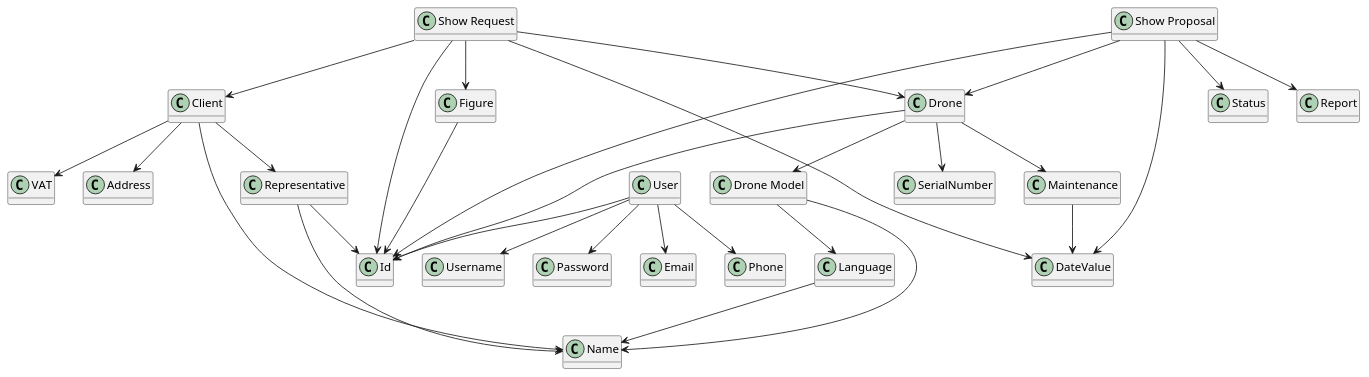
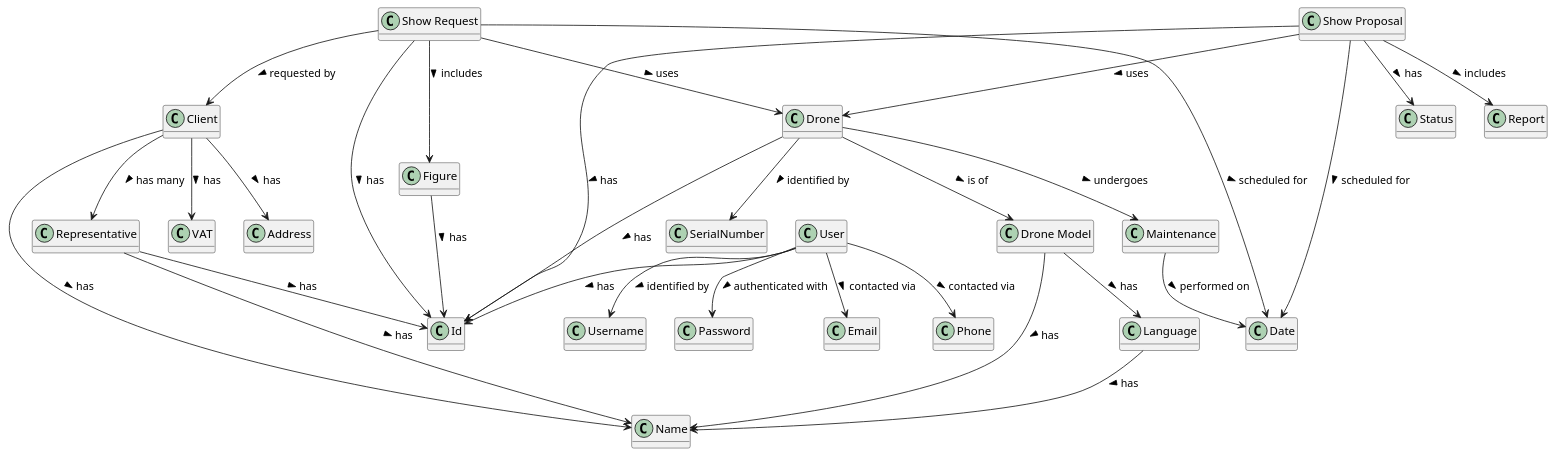
Before and after one commit to HenriqueSilva18/Drone-Show-Management-System: the diagram in docs/lapr4/LAPR_Domain.puml, drawn with PlantUML. The commit also changed 1 other file, not shown here.

```diff
--- a/docs/lapr4/LAPR_Domain.puml
+++ b/docs/lapr4/LAPR_Domain.puml
@@ -1,64 +1,64 @@
 @startuml
 hide methods
 
 ' Aggregates
 class Language
 class "Drone Model" as DroneModel
 class Client
 class "Show Request" as ShowRequest
 class "Show Proposal" as ShowProposal
 class Drone
 class User
 class Figure
 
 ' Value Objects
 class Name
 class VAT
 class Address
 class Id
 class SerialNumber
-class DateValue
+class Date
 class Status
 class Report
 class Username
 class Password
 class Email
 class Phone
 
 ' Entities
 class Representative
 class Maintenance
 
-' Relações sem legendas
-Language --> Name
-DroneModel --> Language
-DroneModel --> Name
-Client --> Name
-Client --> VAT
-Client --> Address
-Client --> Representative
-Representative --> Name
-Representative --> Id
-ShowRequest --> Client
-ShowRequest --> Id
-ShowRequest --> Drone
-ShowRequest --> DateValue
-ShowRequest --> Figure
-Drone --> DroneModel
-Drone --> SerialNumber
-Drone --> Maintenance
-Drone --> Id
-Maintenance --> DateValue
-ShowProposal --> Drone
-ShowProposal --> DateValue
-ShowProposal --> Status
-ShowProposal --> Report
-ShowProposal --> Id
-User --> Username
-User --> Password
-User --> Email
-User --> Phone
-User --> Id
-Figure --> Id
+' Relationships with names
+Language --> Name : has >
+DroneModel --> Language : has >
+DroneModel --> Name : has >
+Client --> Name : has >
+Client --> VAT : has >
+Client --> Address : has >
+Client --> Representative : has many >
+Representative --> Name : has >
+Representative --> Id : has >
+ShowRequest --> Client : requested by >
+ShowRequest --> Id : has >
+ShowRequest --> Drone : uses >
+ShowRequest --> Date : scheduled for >
+ShowRequest --> Figure : includes >
+Drone --> DroneModel : is of >
+Drone --> SerialNumber : identified by >
+Drone --> Maintenance : undergoes >
+Drone --> Id : has >
+Maintenance --> Date : performed on >
+ShowProposal --> Drone : uses >
+ShowProposal --> Date : scheduled for >
+ShowProposal --> Status : has >
+ShowProposal --> Report : includes >
+ShowProposal --> Id : has >
+User --> Username : identified by >
+User --> Password : authenticated with >
+User --> Email : contacted via >
+User --> Phone : contacted via >
+User --> Id : has >
+Figure --> Id : has >
 
 @enduml
```
